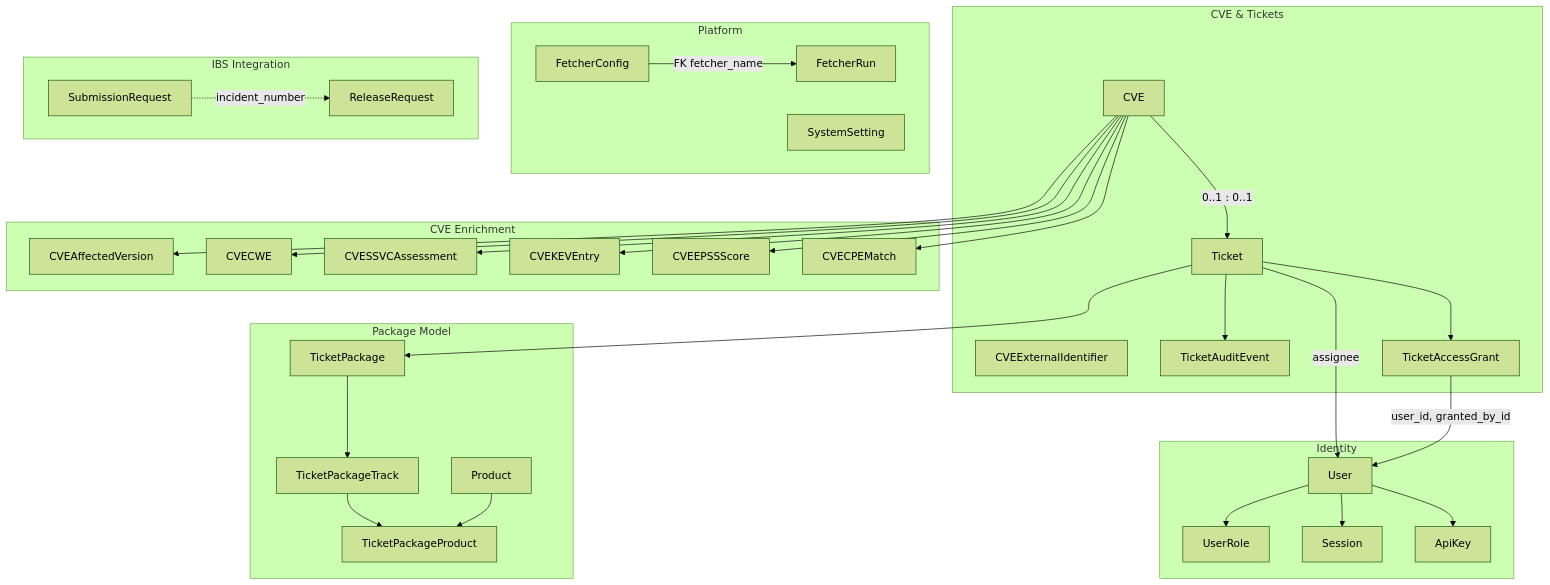
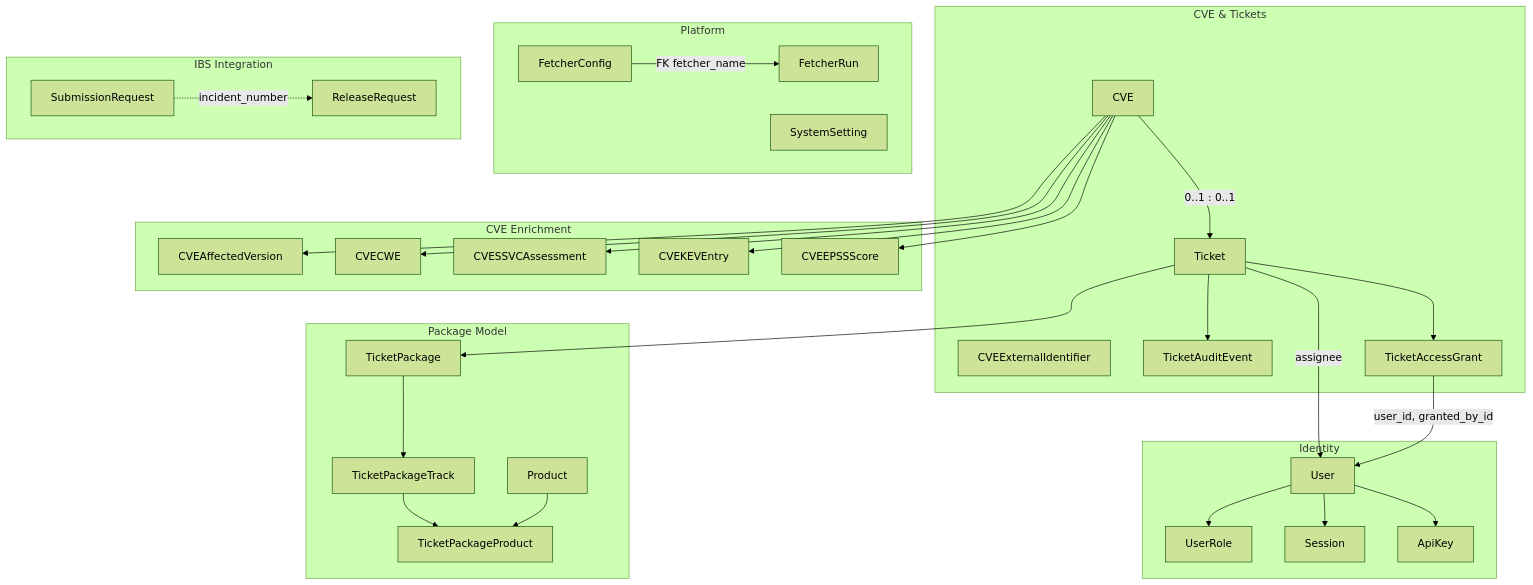
The first of 6 diagrams in docs/data-model.md (StayPirate/STAMP), drawn with Mermaid (forest theme) before and after one commit. The commit also changed other lines of this file and 13 other files, not shown here.

````diff
--- a/docs/data-model.md
+++ b/docs/data-model.md
@@ -20,65 +20,63 @@
 ```mermaid
 flowchart TB
     subgraph cve_tickets["CVE & Tickets"]
         CVE
         CVEExternalIdentifier
         Ticket
         TicketAuditEvent
         TicketAccessGrant
     end
 
     subgraph cve_enrichment["CVE Enrichment"]
         CVEAffectedVersion
         CVECWE
         CVESSVCAssessment
         CVEKEVEntry
         CVEEPSSScore
-        CVECPEMatch
     end
 
     subgraph packages["Package Model"]
         TicketPackage
         TicketPackageTrack
         TicketPackageProduct
         Product
     end
 
     subgraph identity["Identity"]
         User
         UserRole
         Session
         ApiKey
     end
 
     subgraph platform["Platform"]
         FetcherConfig
         FetcherRun
         SystemSetting
     end
 
     subgraph ibs["IBS Integration"]
         SubmissionRequest
         ReleaseRequest
     end
 
     CVE --> CVEAffectedVersion
     CVE --> CVECWE
     CVE --> CVESSVCAssessment
     CVE --> CVEKEVEntry
     CVE --> CVEEPSSScore
-    CVE --> CVECPEMatch
     CVE -->|"0..1 : 0..1"| Ticket
     Ticket --> TicketAuditEvent
     Ticket --> TicketAccessGrant
     Ticket --> TicketPackage
     Ticket -->|"assignee"| User
     TicketAccessGrant -->|"user_id, granted_by_id"| User
     TicketPackage --> TicketPackageTrack
     TicketPackageTrack --> TicketPackageProduct
     Product --> TicketPackageProduct
     User --> UserRole
     User --> Session
     User --> ApiKey
     FetcherConfig -->|"FK fetcher_name"| FetcherRun
     SubmissionRequest -.->|"incident_number"| ReleaseRequest
 ```
````
